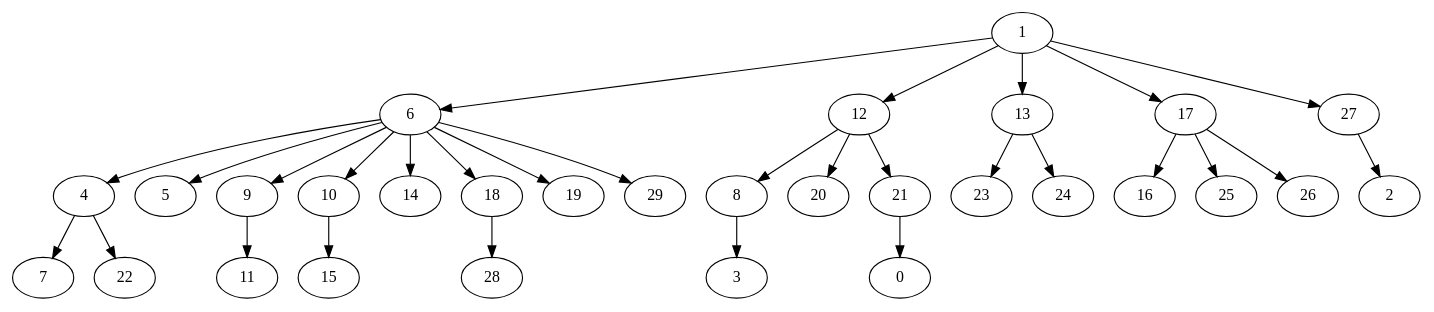
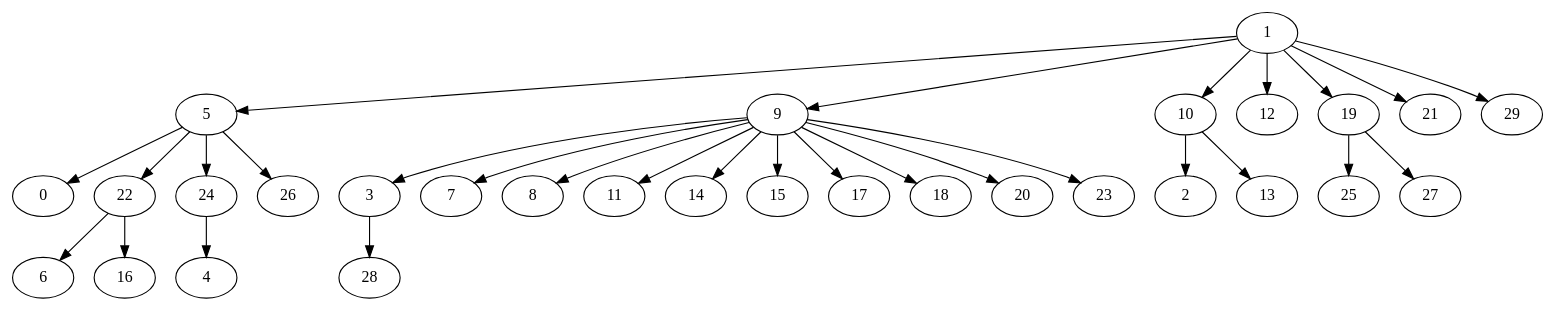
The diagram in arbol_bfs_gilbert30.gv (GusRojas/Grafos2DAA_A24), drawn with Graphviz before and after one commit. The commit also changed 41 other files, not shown here.

```diff
--- a/arbol_bfs_gilbert30.gv
+++ b/arbol_bfs_gilbert30.gv
@@ -1,31 +1,31 @@
 digraph {
-  1 -> 6;
+  1 -> 5;
+  1 -> 9;
+  1 -> 10;
   1 -> 12;
-  1 -> 13;
-  1 -> 17;
-  1 -> 27;
-  6 -> 4;
-  6 -> 5;
-  6 -> 9;
-  6 -> 10;
-  6 -> 14;
-  6 -> 18;
-  6 -> 19;
-  6 -> 29;
-  12 -> 8;
-  12 -> 20;
-  12 -> 21;
-  13 -> 23;
-  13 -> 24;
-  17 -> 16;
-  17 -> 25;
-  17 -> 26;
-  27 -> 2;
-  4 -> 7;
-  4 -> 22;
+  1 -> 19;
+  1 -> 21;
+  1 -> 29;
+  5 -> 0;
+  5 -> 22;
+  5 -> 24;
+  5 -> 26;
+  9 -> 3;
+  9 -> 7;
+  9 -> 8;
   9 -> 11;
-  10 -> 15;
-  18 -> 28;
-  8 -> 3;
-  21 -> 0;
+  9 -> 14;
+  9 -> 15;
+  9 -> 17;
+  9 -> 18;
+  9 -> 20;
+  9 -> 23;
+  10 -> 2;
+  10 -> 13;
+  19 -> 25;
+  19 -> 27;
+  22 -> 6;
+  22 -> 16;
+  24 -> 4;
+  3 -> 28;
 }
```
